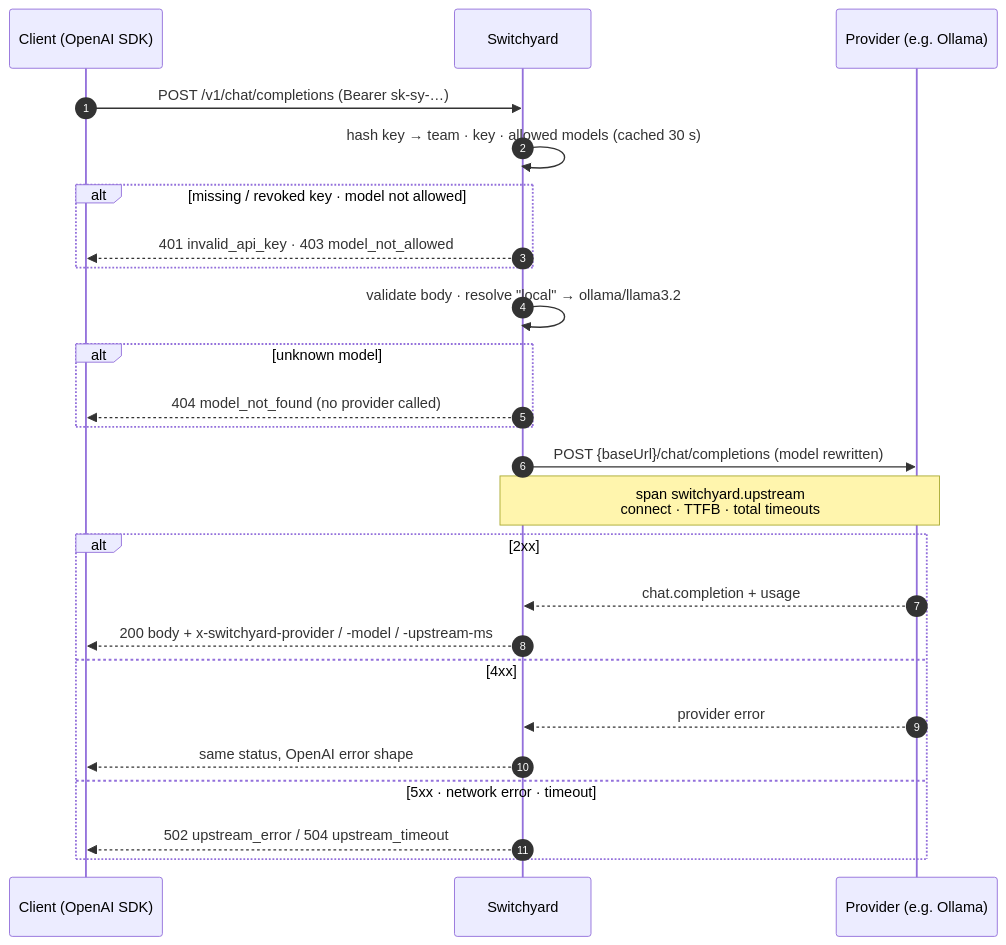
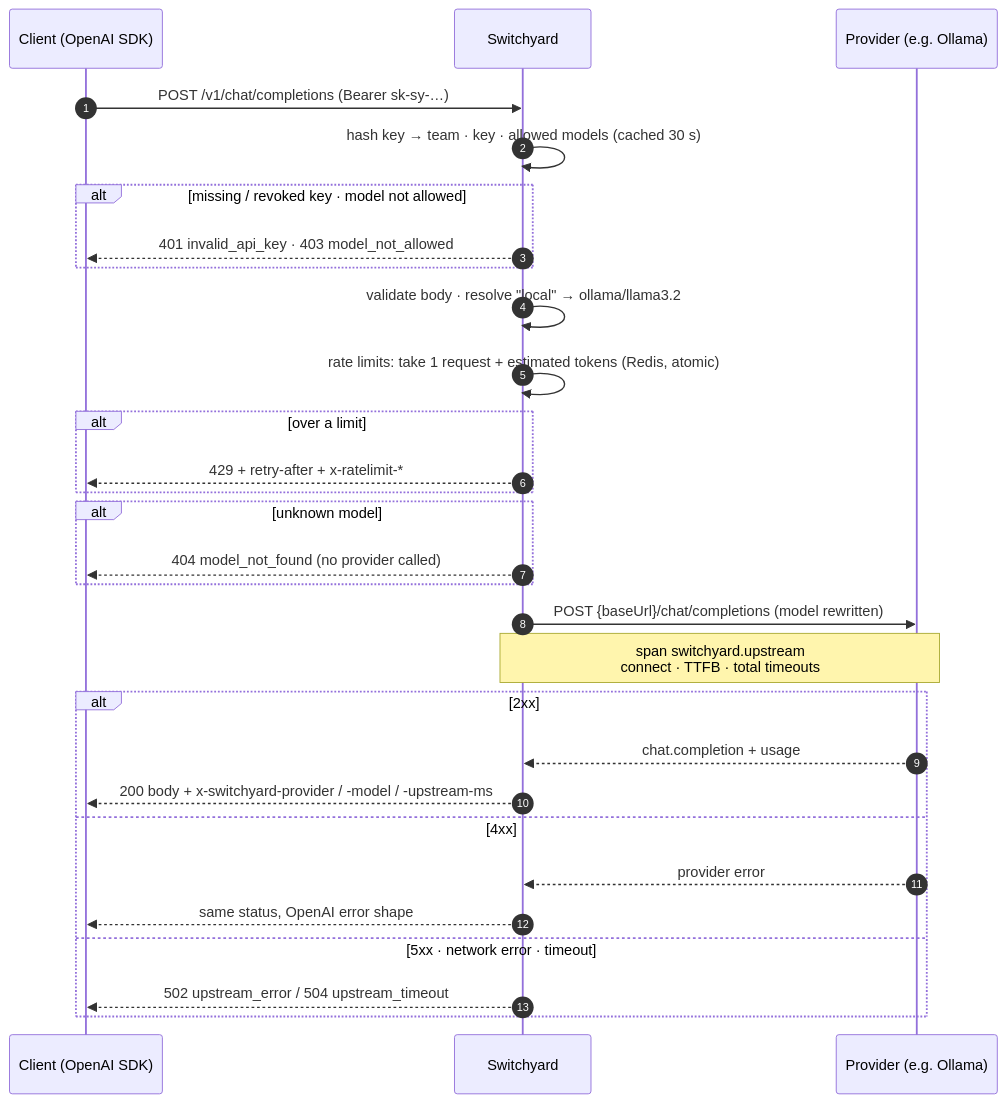
One commit to thisanches07/switchyard changed the second of 5 diagrams in README.md. Above: the diagram before and after it, drawn with Mermaid. The commit also changed other lines of this file and 4 other files, not shown here.

Commit message:
docs: rate limits guide, smoke step and spec 005 verification [spec-005]

````diff
--- a/README.md
+++ b/README.md
@@ -251,28 +252,32 @@
 ```mermaid
 sequenceDiagram
   autonumber
   participant C as Client (OpenAI SDK)
   participant G as Switchyard
   participant P as Provider (e.g. Ollama)
 
   C->>G: POST /v1/chat/completions (Bearer sk-sy-…)
   G->>G: hash key → team · key · allowed models (cached 30 s)
   alt missing / revoked key · model not allowed
     G-->>C: 401 invalid_api_key · 403 model_not_allowed
   end
   G->>G: validate body · resolve "local" → ollama/llama3.2
+  G->>G: rate limits: take 1 request + estimated tokens (Redis, atomic)
+  alt over a limit
+    G-->>C: 429 + retry-after + x-ratelimit-*
+  end
   alt unknown model
     G-->>C: 404 model_not_found (no provider called)
   end
   G->>P: POST {baseUrl}/chat/completions (model rewritten)
   Note over G,P: span switchyard.upstream<br/>connect · TTFB · total timeouts
   alt 2xx
     P-->>G: chat.completion + usage
     G-->>C: 200 body + x-switchyard-provider / -model / -upstream-ms
   else 4xx
     P-->>G: provider error
     G-->>C: same status, OpenAI error shape
   else 5xx · network error · timeout
     G-->>C: 502 upstream_error / 504 upstream_timeout
   end
 ```
````
